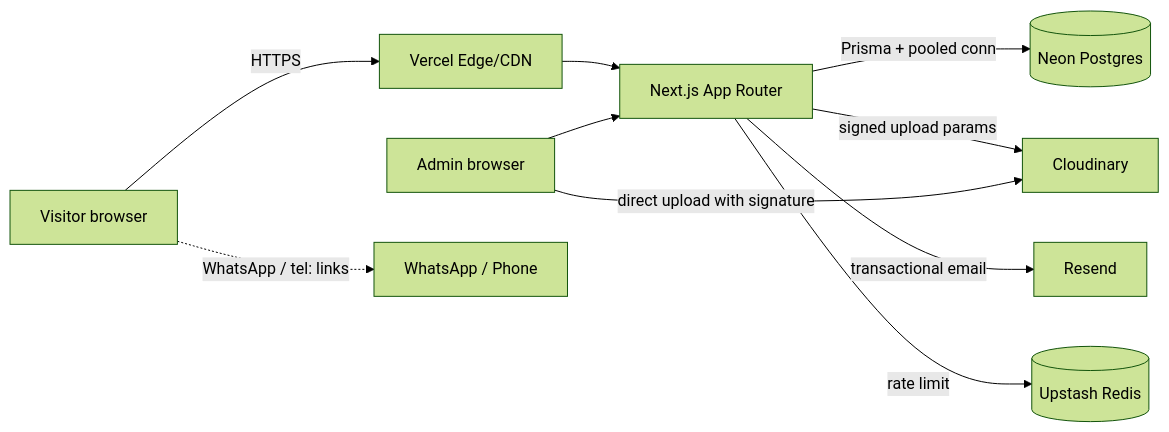
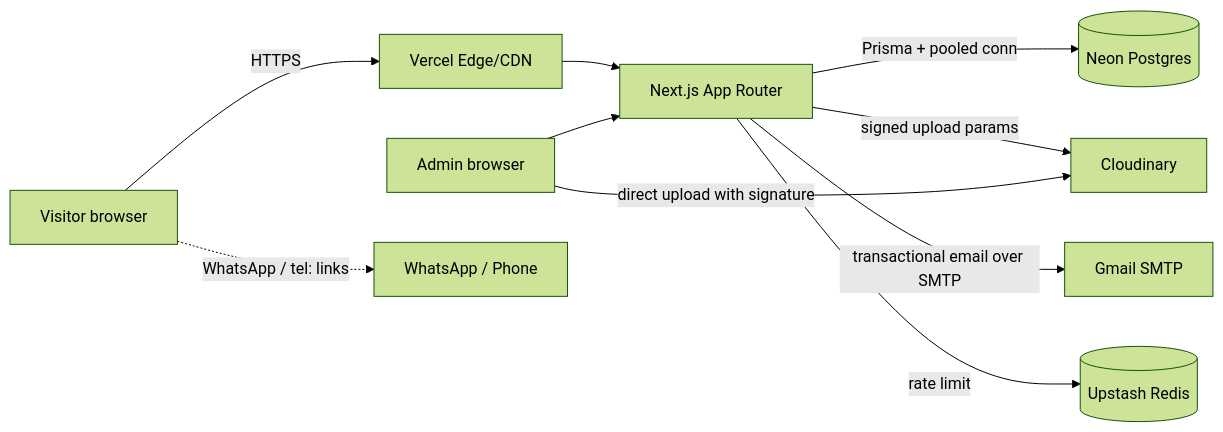
The diagram in docs/ARCHITECTURE.md (Sarvesh-Changan/vakratund), drawn with Mermaid (forest theme) before and after one commit. The commit also changed other lines of this file and 460 other files, not shown here.

````diff
--- a/docs/ARCHITECTURE.md
+++ b/docs/ARCHITECTURE.md
@@ -25,12 +25,12 @@
 ```mermaid
 flowchart LR
   V[Visitor browser] -->|HTTPS| E[Vercel Edge/CDN]
   E --> N[Next.js App Router]
   A[Admin browser] --> N
   N -->|Prisma + pooled conn| DB[(Neon Postgres)]
   N -->|signed upload params| C[Cloudinary]
   A -->|direct upload with signature| C
-  N -->|transactional email| R[Resend]
+  N -->|transactional email over SMTP| R[Gmail SMTP]
   N -->|rate limit| U[(Upstash Redis)]
   V -.->|WhatsApp / tel: links| W[WhatsApp / Phone]
 ```
````
